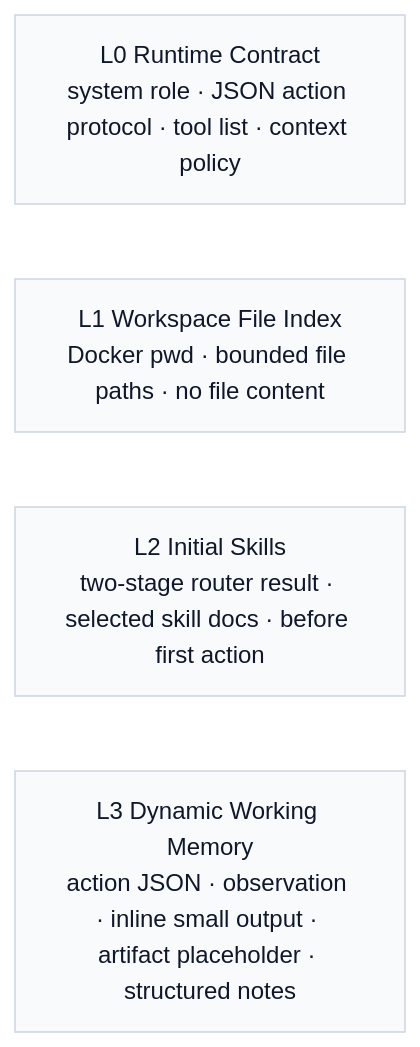
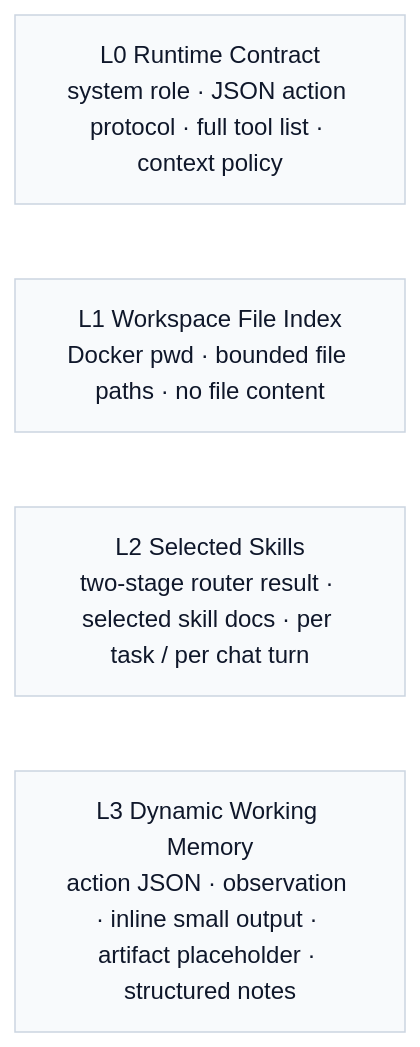
One commit to Cachuela11/MiniCode changed the eighth of 10 diagrams in README.md. Above: the diagram before and after it, drawn with Mermaid. The commit also changed other lines of this file, not shown here.

````diff
--- a/README.md
+++ b/README.md
@@ -311,14 +318,14 @@
 ```mermaid
 flowchart TB
-    L0["L0 Runtime Contract<br/>system role · JSON action protocol · tool list · context policy"]
+    L0["L0 Runtime Contract<br/>system role · JSON action protocol · full tool list · context policy"]
     L1["L1 Workspace File Index<br/>Docker pwd · bounded file paths · no file content"]
-    L2["L2 Initial Skills<br/>two-stage router result · selected skill docs · before first action"]
+    L2["L2 Selected Skills<br/>two-stage router result · selected skill docs · per task / per chat turn"]
     L3["L3 Dynamic Working Memory<br/>action JSON · observation · inline small output · artifact placeholder · structured notes"]
 
     L0 ~~~ L1
     L1 ~~~ L2
     L2 ~~~ L3
 
     classDef layer fill:#f8fafc,stroke:#cbd5e1,color:#0f172a,stroke-width:1px
     class L0,L1,L2,L3 layer
 ```
````
